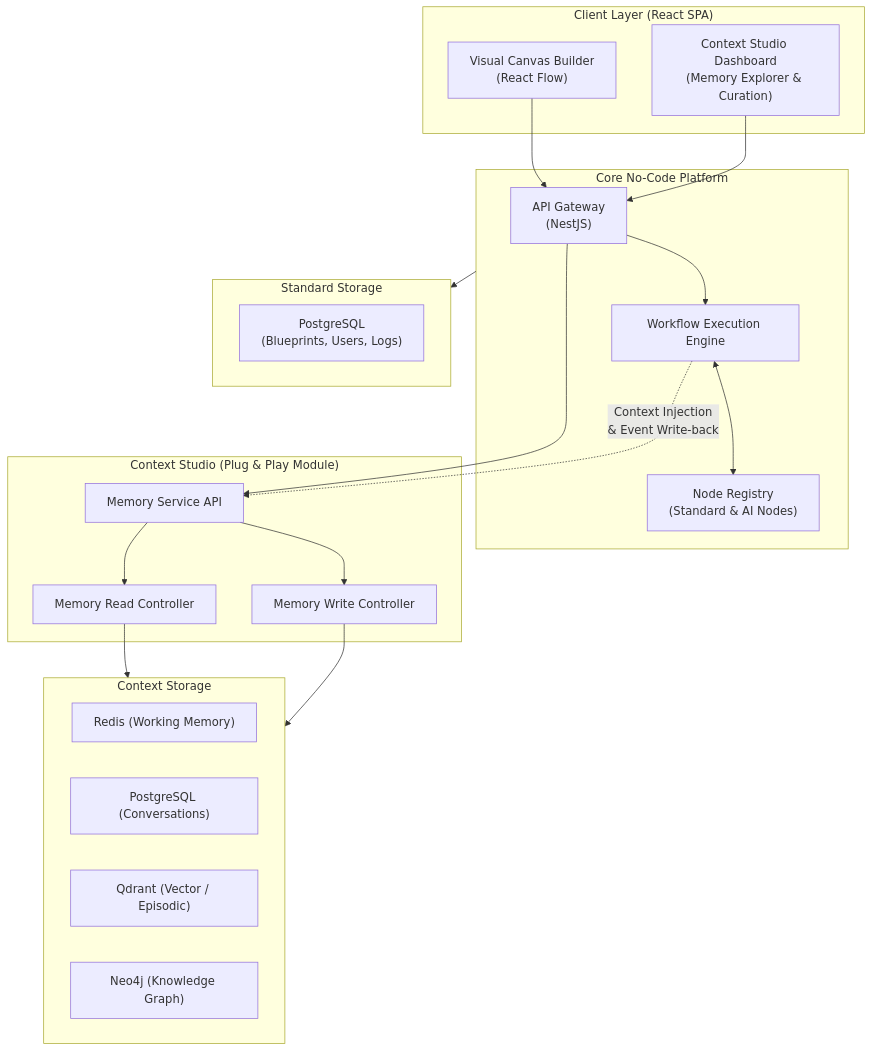
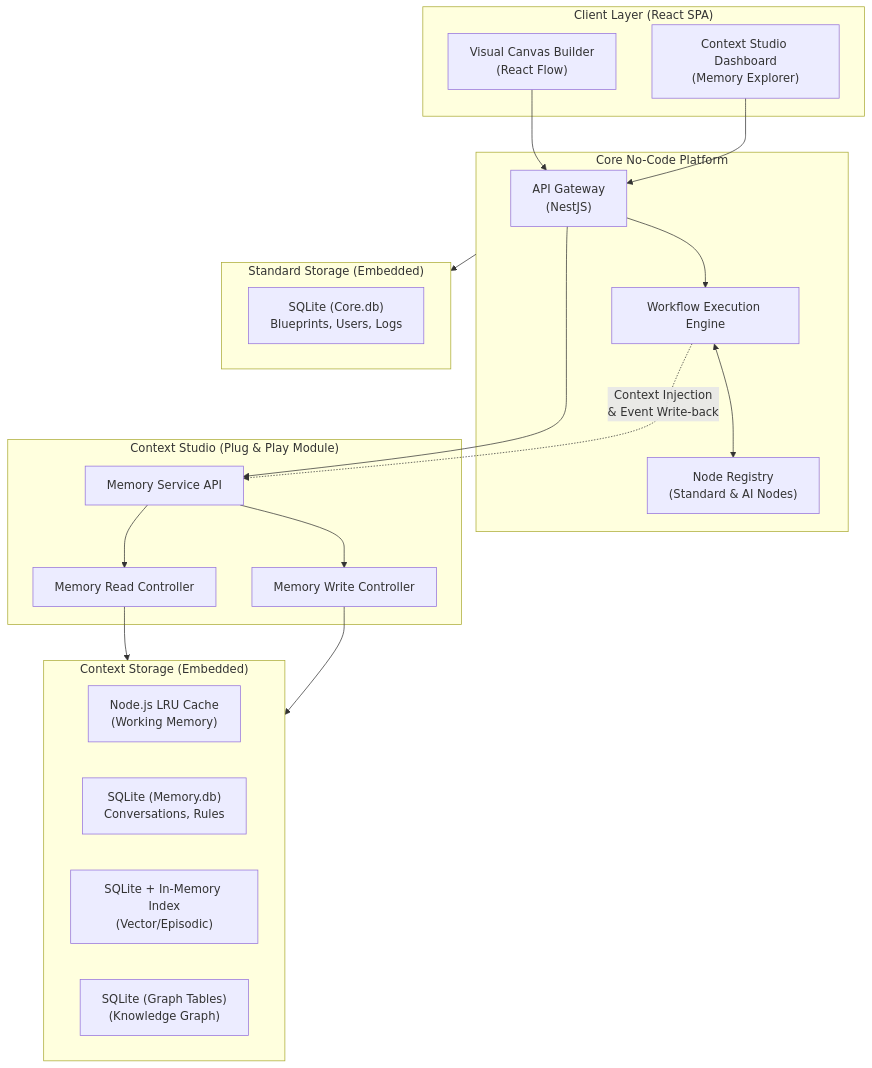
Before and after one commit to kira082/Context-Studio: the first of 2 diagrams in implementation_plan_v2.md, drawn with Mermaid. The commit also changed other lines of this file and 67 other files, not shown here.

Commit message:
feat: Context Studio Full 5-Tier Pipeline + Python LangChain SDK

````diff
--- a/implementation_plan_v2.md
+++ b/implementation_plan_v2.md
@@ -31,46 +31,46 @@
 ```mermaid
 graph TB
     subgraph ClientLayer["Client Layer (React SPA)"]
         CB["Visual Canvas Builder<br/>(React Flow)"]
-        CSUI["Context Studio Dashboard<br/>(Memory Explorer & Curation)"]
+        CSUI["Context Studio Dashboard<br/>(Memory Explorer)"]
     end
 
     subgraph CorePlatform["Core No-Code Platform"]
         API["API Gateway<br/>(NestJS)"]
         WFE["Workflow Execution Engine"]
         NREG["Node Registry<br/>(Standard & AI Nodes)"]
         
         API --> WFE
         WFE <--> NREG
     end
 
     subgraph ContextStudio["Context Studio (Plug & Play Module)"]
         MS["Memory Service API"]
         M_READ["Memory Read Controller"]
         M_WRITE["Memory Write Controller"]
         
         MS --> M_READ
         MS --> M_WRITE
     end
 
-    subgraph StoragePlatform["Standard Storage"]
-        PG_CORE["PostgreSQL<br/>(Blueprints, Users, Logs)"]
+    subgraph StoragePlatform["Standard Storage (Embedded)"]
+        SQL_CORE["SQLite (Core.db)<br/>Blueprints, Users, Logs"]
     end
 
-    subgraph StorageMemory["Context Storage"]
-        RD["Redis (Working Memory)"]
-        PG_MEM["PostgreSQL (Conversations)"]
-        QD["Qdrant (Vector / Episodic)"]
-        N4["Neo4j (Knowledge Graph)"]
+    subgraph StorageMemory["Context Storage (Embedded)"]
+        MEM_CACHE["Node.js LRU Cache<br/>(Working Memory)"]
+        SQL_MEM["SQLite (Memory.db)<br/>Conversations, Rules"]
+        SQL_VEC["SQLite + In-Memory Index<br/>(Vector/Episodic)"]
+        SQL_GRAPH["SQLite (Graph Tables)<br/>(Knowledge Graph)"]
     end
 
     CB --> API
     CSUI --> API
 
     API --> MS
     WFE -. "Context Injection<br/>& Event Write-back" .-> MS
 
     CorePlatform --> StoragePlatform
     M_READ --> StorageMemory
     M_WRITE --> StorageMemory
 ```
````
